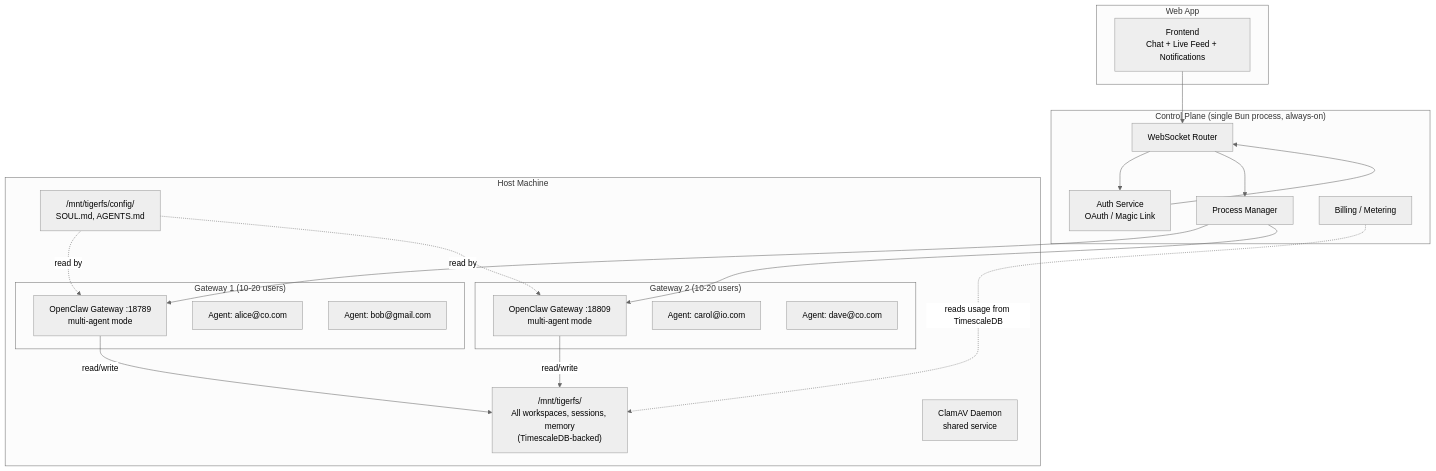
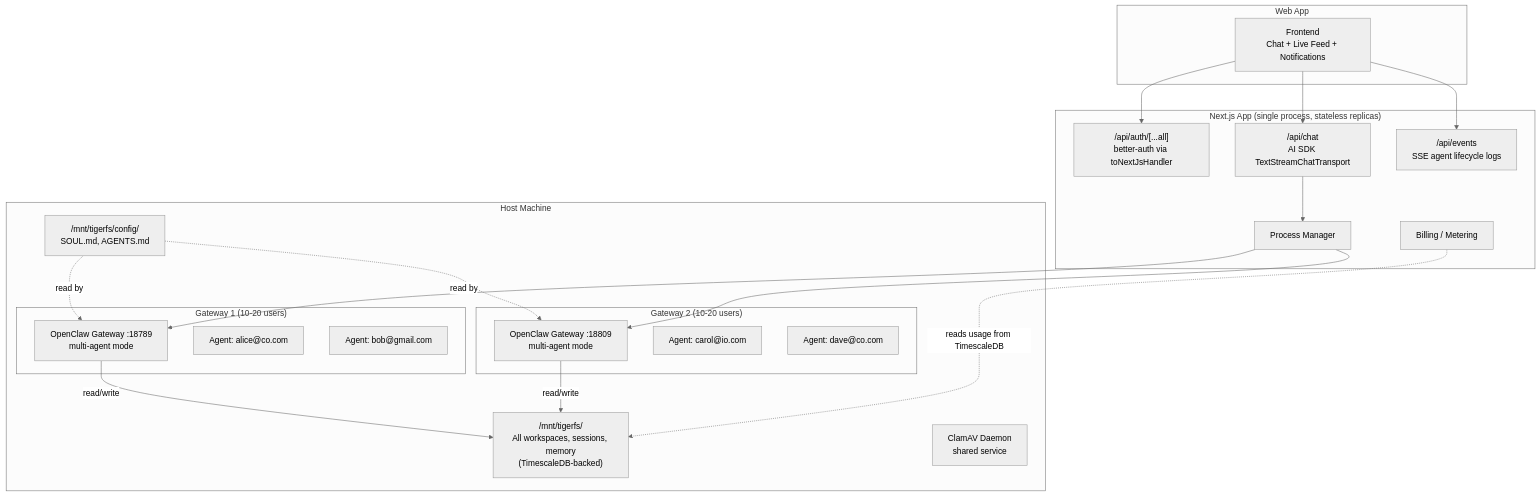
The first of 6 diagrams in brainstorm/architecture/overview.md (1qh/claw), drawn with Mermaid (neutral theme) before and after one commit. The commit also changed other lines of this file and 181 other files, not shown here.

First line of the commit message:
Phase 4: Next.js frontend with shadcn, better-auth

````diff
--- a/brainstorm/architecture/overview.md
+++ b/brainstorm/architecture/overview.md
@@ -19,39 +19,38 @@
 ```mermaid
 graph TB
     subgraph "Web App"
         FE[Frontend<br/>Chat + Live Feed + Notifications]
     end
 
-    subgraph "Control Plane (single Bun process, always-on)"
-        AUTH[Auth Service<br/>OAuth / Magic Link]
-        ROUTER[WebSocket Router]
+    subgraph "Next.js App (single process, stateless replicas)"
+        AUTH["/api/auth/[...all]<br/>better-auth via toNextJsHandler"]
+        CHAT["/api/chat<br/>AI SDK TextStreamChatTransport"]
+        EVENTS["/api/events<br/>SSE agent lifecycle logs"]
         PM[Process Manager]
         METER[Billing / Metering]
     end
 
     subgraph "Host Machine"
         subgraph "Gateway 1 (10-20 users)"
             GW1["OpenClaw Gateway :18789<br/>multi-agent mode"]
             A1["Agent: alice@co.com"]
             A2["Agent: bob@gmail.com"]
         end
         subgraph "Gateway 2 (10-20 users)"
             GW2["OpenClaw Gateway :18809<br/>multi-agent mode"]
             A3["Agent: carol@io.com"]
             A4["Agent: dave@co.com"]
         end
 
         TFS["/mnt/tigerfs/<br/>All workspaces, sessions, memory<br/>(TimescaleDB-backed)"]
         SHARED["/mnt/tigerfs/config/<br/>SOUL.md, AGENTS.md"]
         CLAM[ClamAV Daemon<br/>shared service]
     end
 
-    FE --> ROUTER
-    ROUTER --> AUTH
-    AUTH --> ROUTER
-    ROUTER --> PM
+    FE --> AUTH & CHAT & EVENTS
+    CHAT --> PM
     PM --> GW1 & GW2
     GW1 & GW2 -->|read/write| TFS
     METER -.->|reads usage from TimescaleDB| TFS
     SHARED -.->|read by| GW1 & GW2
 ```
````
